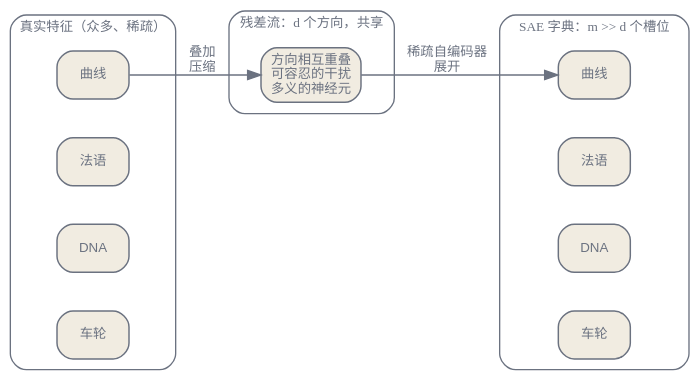
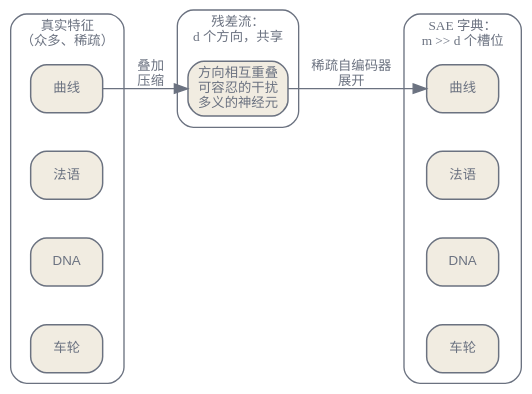
One commit to latere-ai/ai-as-an-infrastructure changed the first of 2 diagrams in zh/safety/01-mechanistic-interpretability.qmd. Above: the diagram before and after it, drawn with Graphviz. The commit also changed 3 other files, not shown here.

Commit message:
diagrams: space license fan-out labels and wrap SAE cluster labels so CJK fits

````diff
--- a/zh/safety/01-mechanistic-interpretability.qmd
+++ b/zh/safety/01-mechanistic-interpretability.qmd
@@ -35,32 +35,32 @@
 ```{dot}
 //| label: fig-interpretability-superposition
 //| fig-cap: "叠加把许多稀疏特征装进狭窄的残差流，过完备的 SAE 再把它们展开回单义的槽位。改编自 Elhage 等（2022）与 Bricken 等（2023）。"
 digraph {
   bgcolor="transparent";
   rankdir=LR;
   nodesep=0.4; ranksep=0.5;
   node [shape=box, style="rounded,filled", fontname="Helvetica", fontsize=10, color="#6b7280", fontcolor="#6b7280", fillcolor="#f1ece1", penwidth=1.1];
   edge [fontsize=10, fontname="Helvetica", color="#6b7280", fontcolor="#6b7280"];
 
   subgraph cluster_world {
-    label="真实特征（众多、稀疏）"; style=rounded; color="#6b7280"; fontcolor="#6b7280"; fontsize=10;
+    label="真实特征\n（众多、稀疏）"; style=rounded; color="#6b7280"; fontcolor="#6b7280"; fontsize=10;
     f1 [label="曲线"];
     f2 [label="法语"];
     f3 [label="DNA"];
     f4 [label="车轮"];
   }
   subgraph cluster_stream {
-    label="残差流：d 个方向，共享"; style=rounded; color="#6b7280"; fontcolor="#6b7280"; fontsize=10;
+    label="残差流：\nd 个方向，共享"; style=rounded; color="#6b7280"; fontcolor="#6b7280"; fontsize=10;
     s [label="方向相互重叠\n可容忍的干扰\n多义的神经元"];
   }
   subgraph cluster_dict {
-    label="SAE 字典：m >> d 个槽位"; style=rounded; color="#6b7280"; fontcolor="#6b7280"; fontsize=10;
+    label="SAE 字典：\nm >> d 个槽位"; style=rounded; color="#6b7280"; fontcolor="#6b7280"; fontsize=10;
     d1 [label="曲线"];
     d2 [label="法语"];
     d3 [label="DNA"];
     d4 [label="车轮"];
   }
   f1 -> s [label="叠加\n压缩"];
   s -> d1 [label="稀疏自编码器\n展开"];
 }
 ```
````
